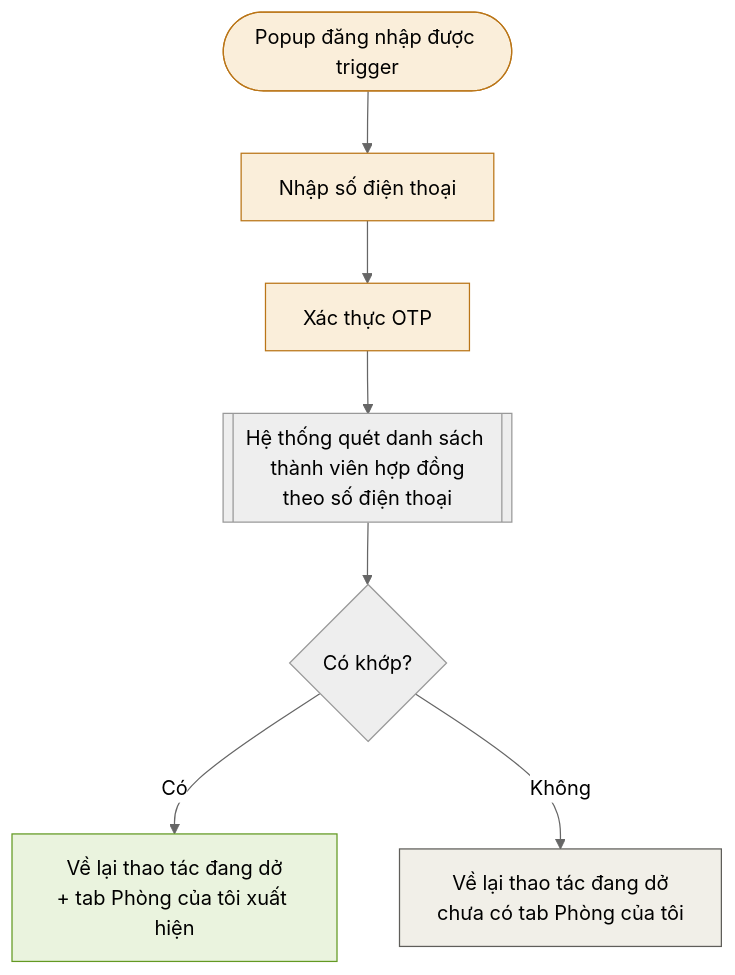
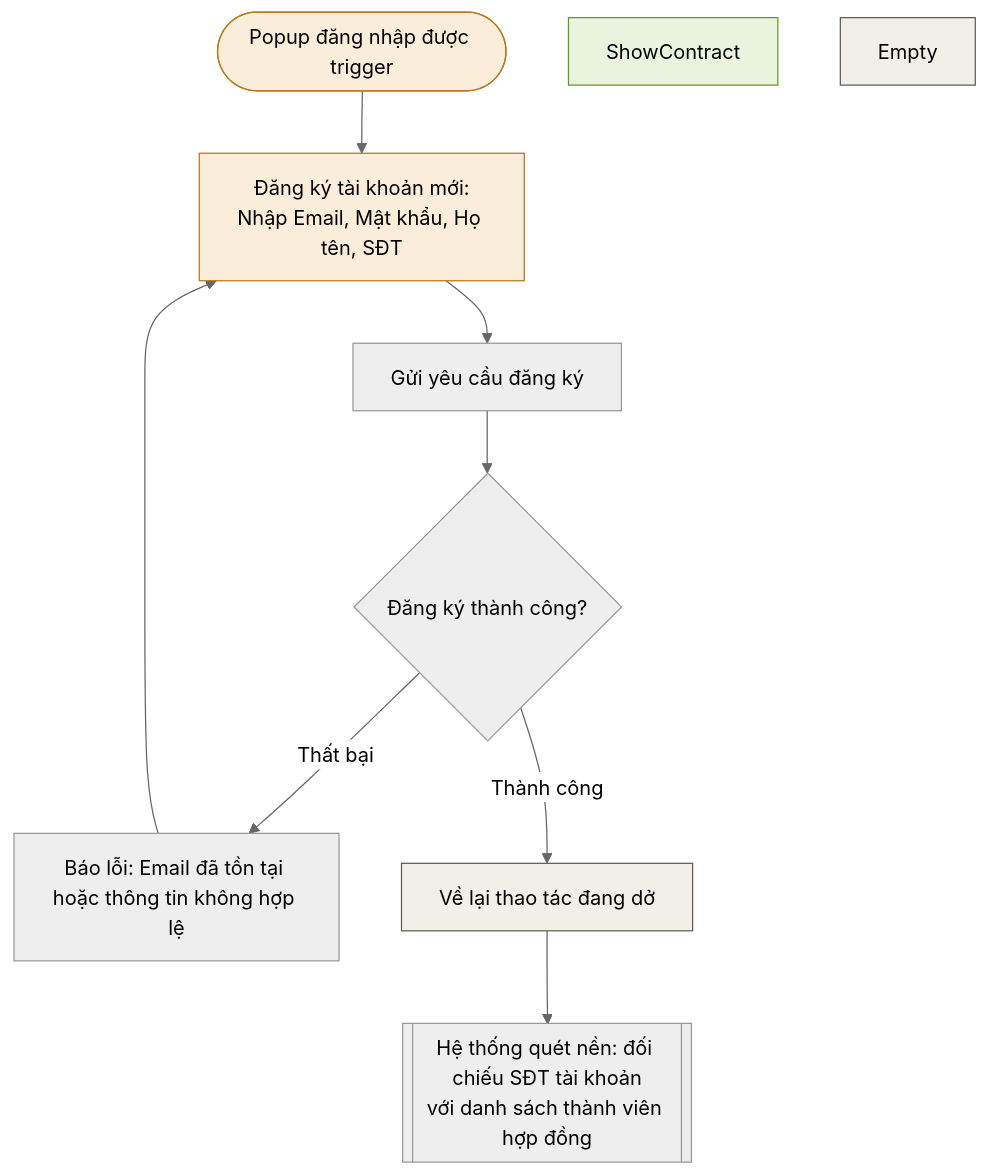
The fourth of 17 diagrams in phase-1/discovery/user_flow/tenant-user-flow.md (pbl6-home-renter/docs), drawn with Mermaid (neutral theme) before and after one commit. The commit also changed other lines of this file and 6 other files, not shown here.

````diff
--- a/phase-1/discovery/user_flow/tenant-user-flow.md
+++ b/phase-1/discovery/user_flow/tenant-user-flow.md
@@ -144,15 +103,16 @@
 ```mermaid
 flowchart TD
-    Start(["Popup đăng nhập được trigger"]) --> Phone["Nhập số điện thoại"]
-    Phone --> OTP["Xác thực OTP"]
-    OTP --> Scan[["Hệ thống quét danh sách thành viên hợp đồng\ntheo số điện thoại"]]
-    Scan --> Match{"Có khớp?"}
-    Match -->|"Có"| Home1["Về lại thao tác đang dở\n+ tab Phòng của tôi xuất hiện"]
-    Match -->|"Không"| Home2["Về lại thao tác đang dở\nchưa có tab Phòng của tôi"]
+    Start(["Popup đăng nhập được trigger"]) --> Register["Đăng ký tài khoản mới:\nNhập Email, Mật khẩu, Họ tên, SĐT"]
+    Register --> SubmitReg["Gửi yêu cầu đăng ký"]
+    SubmitReg --> VerifyReg{"Đăng ký thành công?"}
+    VerifyReg -->|"Thất bại"| ErrorReg["Báo lỗi: Email đã tồn tại hoặc thông tin không hợp lệ"] --> Register
+    VerifyReg -->|"Thành công"| Home["Về lại thao tác đang dở"]
+
+    Home --> Scan[["Hệ thống quét nền: đối chiếu SĐT tài khoản\nvới danh sách thành viên hợp đồng"]]
 
     style Start fill:#faeeda,stroke:#ba7517
-    style Phone fill:#faeeda,stroke:#ba7517
-    style OTP fill:#faeeda,stroke:#ba7517
-    style Home1 fill:#eaf3de,stroke:#639922
-    style Home2 fill:#f1efe8,stroke:#5f5e5a
+    style Register fill:#faeeda,stroke:#ba7517
+    style Home fill:#f1efe8,stroke:#5f5e5a
+    style ShowContract fill:#eaf3de,stroke:#639922
+    style Empty fill:#f1efe8,stroke:#5f5e5a
 ```
````
